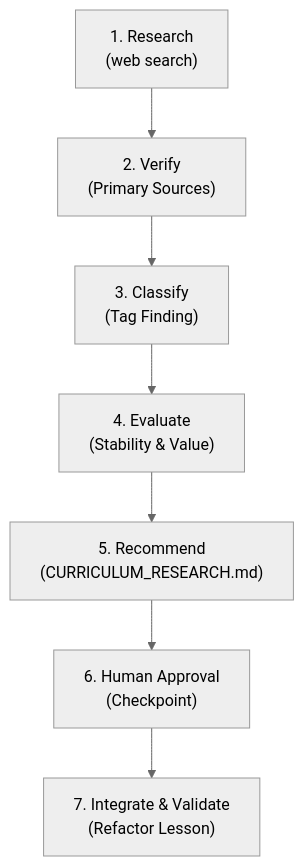
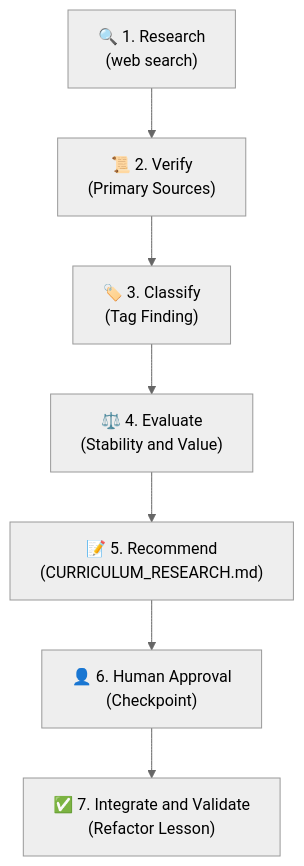
One commit to dip4k/senior-engineer-to-ai-engineer-roadmap changed the diagram in .agents/skills/ai-curriculum-refactoring/references/research-guidelines.md. Above: the diagram before and after it, drawn with Mermaid (neutral theme). The commit also changed 94 other files, not shown here.

Commit message:
refactor(curriculum): complete Phase 04 upgrade and enforce diagram renderer invariants

````diff
--- a/.agents/skills/ai-curriculum-refactoring/references/research-guidelines.md
+++ b/.agents/skills/ai-curriculum-refactoring/references/research-guidelines.md
@@ -25,9 +25,9 @@
 ```mermaid
 flowchart TD
-    S1["1. Research<br>(web search)"] --> S2["2. Verify<br>(Primary Sources)"]
-    S2 --> S3["3. Classify<br>(Tag Finding)"]
-    S3 --> S4["4. Evaluate<br>(Stability & Value)"]
-    S4 --> S5["5. Recommend<br>(CURRICULUM_RESEARCH.md)"]
-    S5 --> S6["6. Human Approval<br>(Checkpoint)"]
-    S6 --> S7["7. Integrate & Validate<br>(Refactor Lesson)"]
+    S1["🔍 1. Research<br>(web search)"] --> S2["📜 2. Verify<br>(Primary Sources)"]
+    S2 --> S3["🏷️ 3. Classify<br>(Tag Finding)"]
+    S3 --> S4["⚖️ 4. Evaluate<br>(Stability and Value)"]
+    S4 --> S5["📝 5. Recommend<br>(CURRICULUM_RESEARCH.md)"]
+    S5 --> S6["👤 6. Human Approval<br>(Checkpoint)"]
+    S6 --> S7["✅ 7. Integrate and Validate<br>(Refactor Lesson)"]
 ```
````
